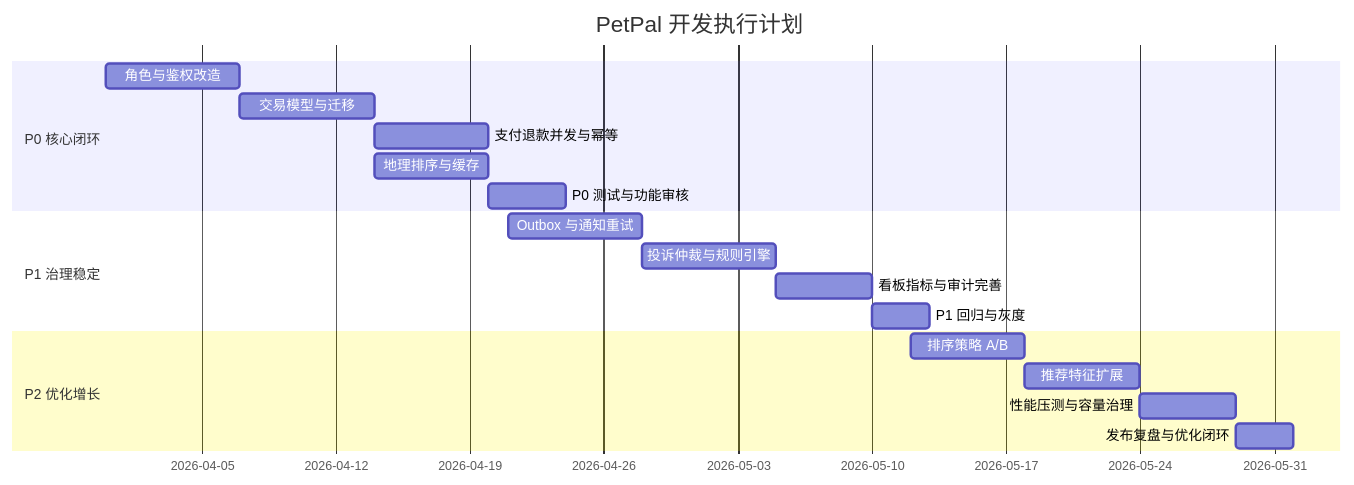
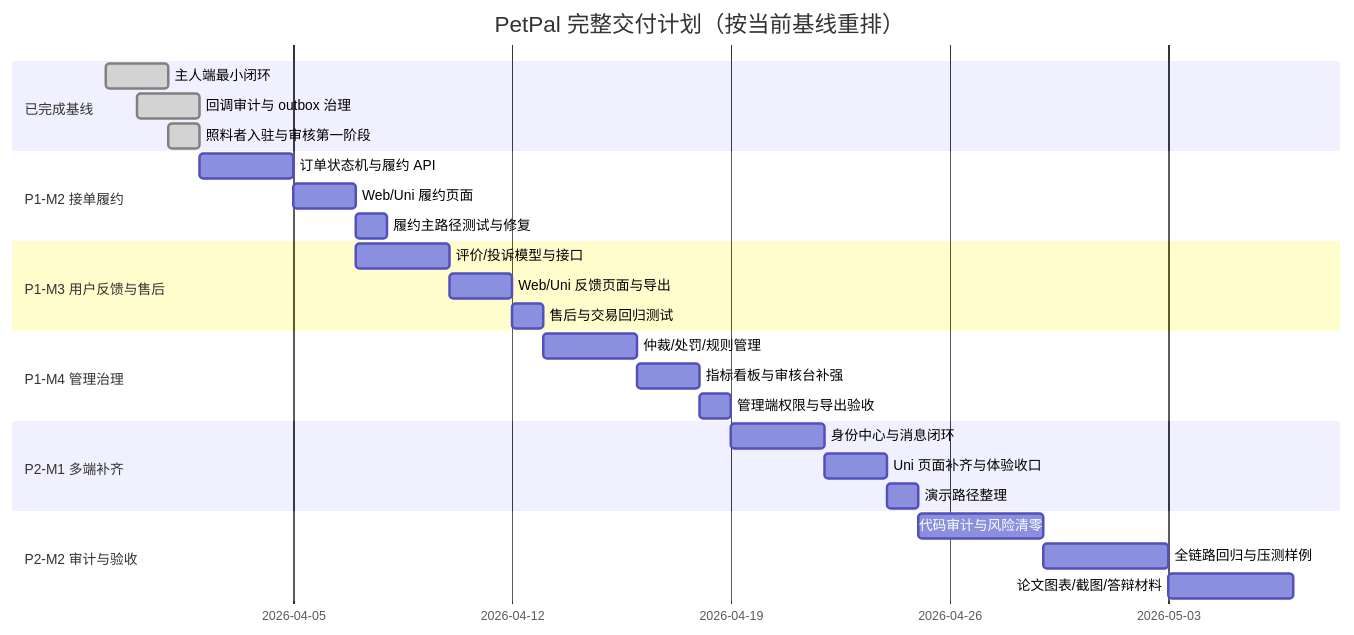
Diagram 13 of 13 in apps/docs/project/PetPal.md (pqcqaq/PetPal), drawn with Mermaid before and after one commit. The commit also changed other lines of this file and 14 other files, not shown here.

Commit message:
feat(p1-m2): add petpal caregiver fulfillment flow and web workbench (slice 25)

````diff
--- a/apps/docs/project/PetPal.md
+++ b/apps/docs/project/PetPal.md
@@ -1062,23 +1250,35 @@
 ```mermaid
 gantt
-  title PetPal 开发执行计划
+  title PetPal 完整交付计划（按当前基线重排）
   dateFormat  YYYY-MM-DD
-  section P0 核心闭环
-  角色与鉴权改造           :p0a, 2026-03-31, 7d
-  交易模型与迁移           :p0b, after p0a, 7d
-  支付退款并发与幂等       :p0c, after p0b, 6d
-  地理排序与缓存           :p0d, after p0b, 6d
-  P0 测试与功能审核        :p0e, after p0c, 4d
 
-  section P1 治理稳定
-  Outbox 与通知重试        :p1a, 2026-04-21, 7d
-  投诉仲裁与规则引擎       :p1b, after p1a, 7d
-  看板指标与审计完善       :p1c, after p1b, 5d
-  P1 回归与灰度            :p1d, after p1c, 3d
+  section 已完成基线
+  主人端最小闭环                 :done, base1, 2026-03-30, 2d
+  回调审计与 outbox 治理         :done, base2, 2026-03-31, 2d
+  照料者入驻与审核第一阶段       :done, base3, 2026-04-01, 1d
 
-  section P2 优化增长
-  排序策略 A/B             :p2a, 2026-05-12, 6d
-  推荐特征扩展             :p2b, after p2a, 6d
-  性能压测与容量治理       :p2c, after p2b, 5d
-  发布复盘与优化闭环       :p2d, after p2c, 3d
+  section P1-M2 接单履约
+  订单状态机与履约 API           :m2a, 2026-04-02, 3d
+  Web/Uni 履约页面               :m2b, after m2a, 2d
+  履约主路径测试与修复           :m2c, after m2b, 1d
+
+  section P1-M3 用户反馈与售后
+  评价/投诉模型与接口            :m3a, 2026-04-07, 3d
+  Web/Uni 反馈页面与导出         :m3b, after m3a, 2d
+  售后与交易回归测试             :m3c, after m3b, 1d
+
+  section P1-M4 管理治理
+  仲裁/处罚/规则管理             :m4a, 2026-04-13, 3d
+  指标看板与审核台补强           :m4b, after m4a, 2d
+  管理端权限与导出验收           :m4c, after m4b, 1d
+
+  section P2-M1 多端补齐
+  身份中心与消息闭环             :m5a, 2026-04-19, 3d
+  Uni 页面补齐与体验收口         :m5b, after m5a, 2d
+  演示路径整理                   :m5c, after m5b, 1d
+
+  section P2-M2 审计与验收
+  代码审计与风险清零             :m6a, 2026-04-25, 4d
+  全链路回归与压测样例           :m6b, after m6a, 4d
+  论文图表/截图/答辩材料         :m6c, after m6b, 4d
 ```
````
